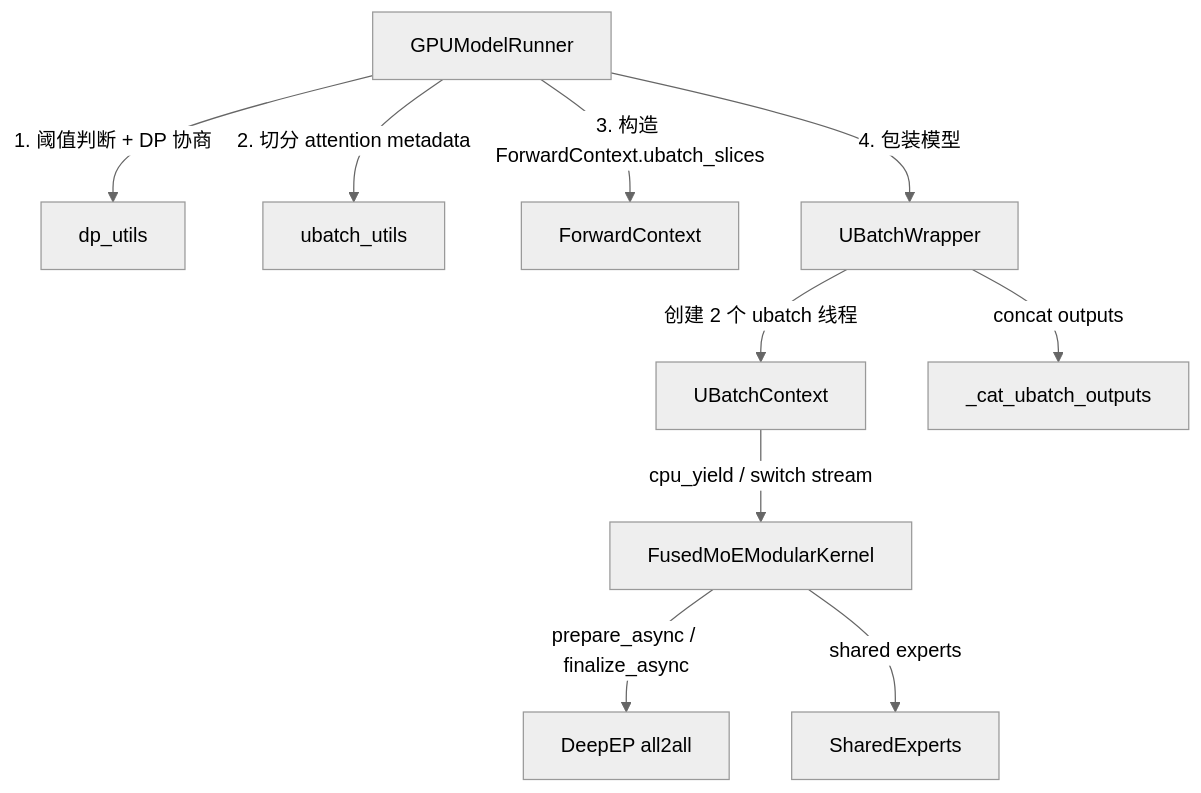
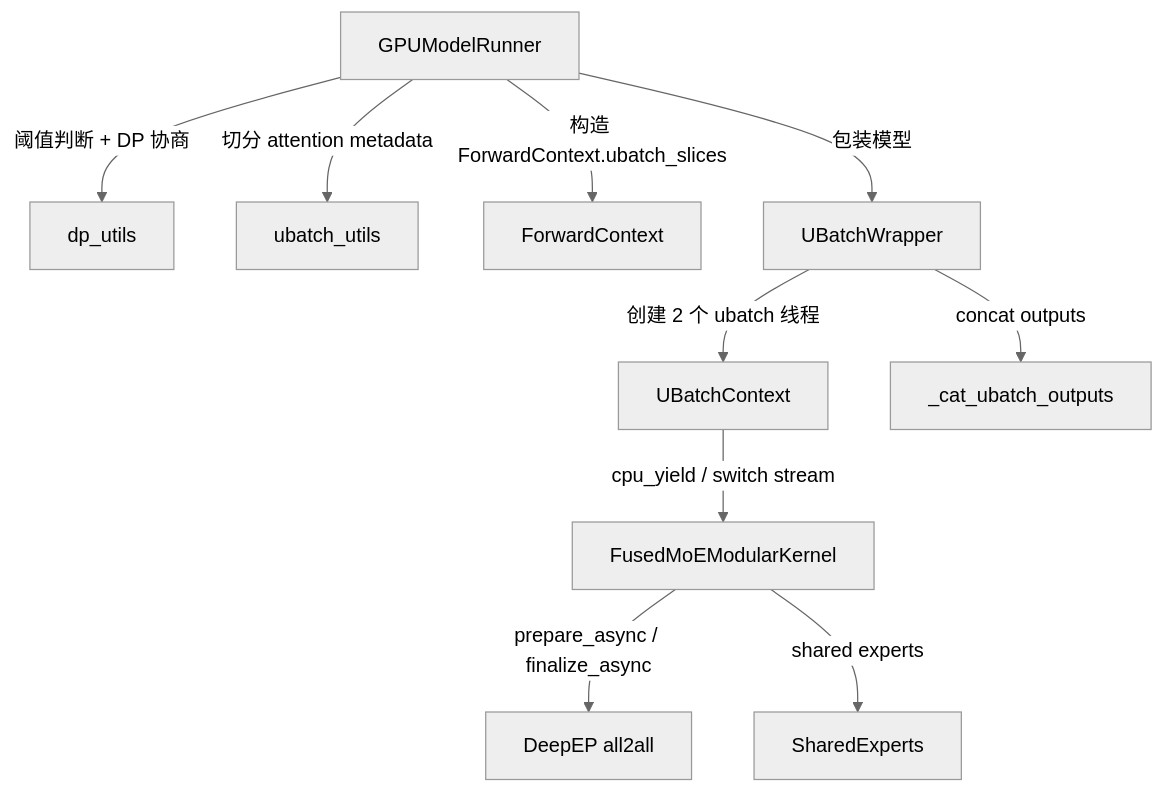
Before and after one commit to lj970926/cs-note: the first of 6 diagrams in content/source-code/vllm/DBO 源码梳理.md, drawn with Mermaid (neutral theme).

Commit message:
vault backup: 2026-07-20 14:16:06

````diff
--- a/content/source-code/vllm/DBO 源码梳理.md
+++ b/content/source-code/vllm/DBO 源码梳理.md
@@ -53,12 +53,12 @@
 ```mermaid
 graph TD
-    A[GPUModelRunner] -->|1. 阈值判断 + DP 协商| F[dp_utils]
-    A -->|2. 切分 attention metadata| G[ubatch_utils]
-    A -->|3. 构造 ForwardContext.ubatch_slices| H[ForwardContext]
-    A -->|4. 包装模型| B[UBatchWrapper]
+    A[GPUModelRunner] -->|阈值判断 + DP 协商| F[dp_utils]
+    A -->|切分 attention metadata| G[ubatch_utils]
+    A -->|构造 ForwardContext.ubatch_slices| H[ForwardContext]
+    A -->|包装模型| B[UBatchWrapper]
     B -->|创建 2 个 ubatch 线程| C[UBatchContext]
     C -->|cpu_yield / switch stream| D[FusedMoEModularKernel]
     D -->|prepare_async / finalize_async| E[DeepEP all2all]
     D -->|shared experts| S[SharedExperts]
     B -->|concat outputs| O[_cat_ubatch_outputs]
 ```
````
